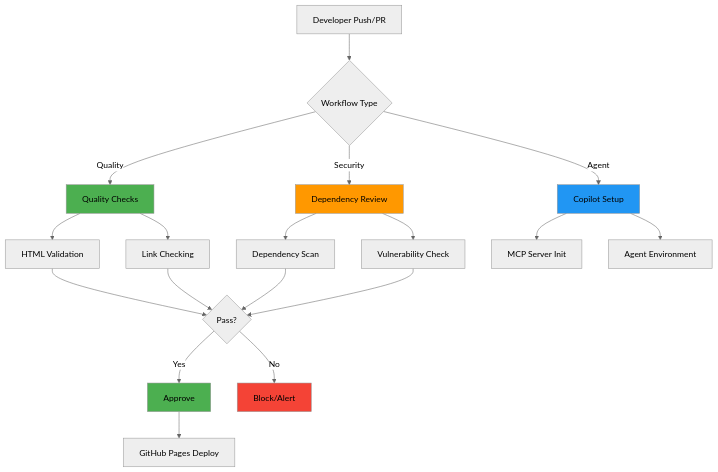
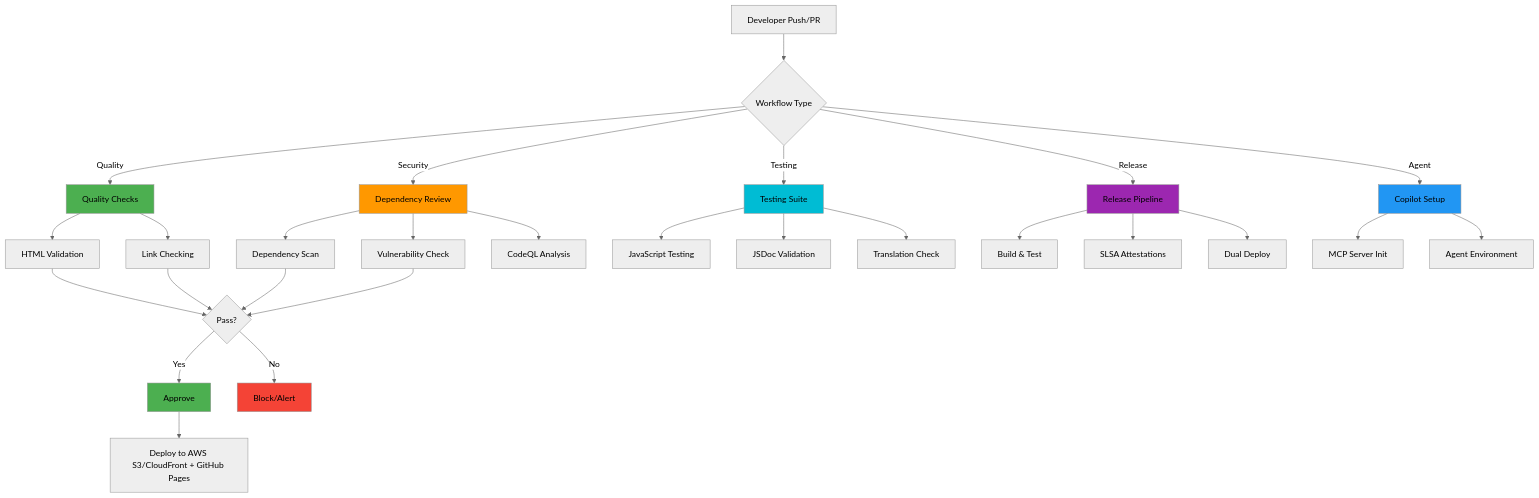
The first of 3 diagrams in WORKFLOWS.md (Hack23/riksdagsmonitor), drawn with Mermaid (neutral theme) before and after one commit. The commit also changed other lines of this file and 2 other files, not shown here.

````diff
--- a/WORKFLOWS.md
+++ b/WORKFLOWS.md
@@ -21,32 +41,45 @@
 ```mermaid
 graph TD
     A[Developer Push/PR] --> B{Workflow Type}
     B -->|Quality| C[Quality Checks]
     B -->|Security| D[Dependency Review]
+    B -->|Testing| T[Testing Suite]
+    B -->|Release| R[Release Pipeline]
     B -->|Agent| E[Copilot Setup]
     
     C --> F[HTML Validation]
     C --> G[Link Checking]
     
     D --> H[Dependency Scan]
     D --> I[Vulnerability Check]
+    D --> CodeQL[CodeQL Analysis]
+    
+    T --> JS[JavaScript Testing]
+    T --> JSDoc[JSDoc Validation]
+    T --> Trans[Translation Check]
+    
+    R --> Build[Build & Test]
+    R --> Attest[SLSA Attestations]
+    R --> Deploy[Dual Deploy]
     
     E --> J[MCP Server Init]
     E --> K[Agent Environment]
     
     F --> L{Pass?}
     G --> L
     H --> L
     I --> L
     
     L -->|Yes| M[Approve]
     L -->|No| N[Block/Alert]
     
-    M --> O[GitHub Pages Deploy]
+    M --> O[Deploy to AWS S3/CloudFront + GitHub Pages]
     
     style C fill:#4caf50
     style D fill:#ff9800
+    style T fill:#00bcd4
+    style R fill:#9c27b0
     style E fill:#2196f3
     style M fill:#4caf50
     style N fill:#f44336
 ```
````
